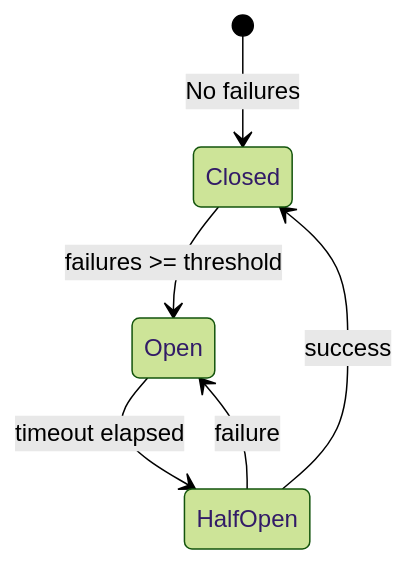
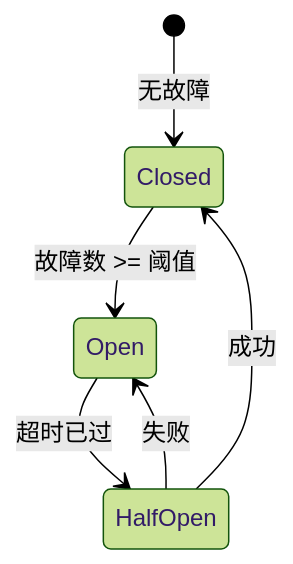
The third of 3 diagrams in docs/zh/architecture-book/part-5-channels/05-transport-layer.md (a576378368/openclaw_docs), drawn with Mermaid (forest theme) before and after one commit. The commit also changed other lines of this file and 13 other files, not shown here.

````diff
--- a/docs/zh/architecture-book/part-5-channels/05-transport-layer.md
+++ b/docs/zh/architecture-book/part-5-channels/05-transport-layer.md
@@ -409,8 +409,8 @@
 ```mermaid
 stateDiagram-v2
-    [*] --> Closed: No failures
-    Closed --> Open: failures >= threshold
-    Open --> HalfOpen: timeout elapsed
-    HalfOpen --> Closed: success
-    HalfOpen --> Open: failure
+    [*] --> Closed: 无故障
+    Closed --> Open: 故障数 >= 阈值
+    Open --> HalfOpen: 超时已过
+    HalfOpen --> Closed: 成功
+    HalfOpen --> Open: 失败
 ```
````
